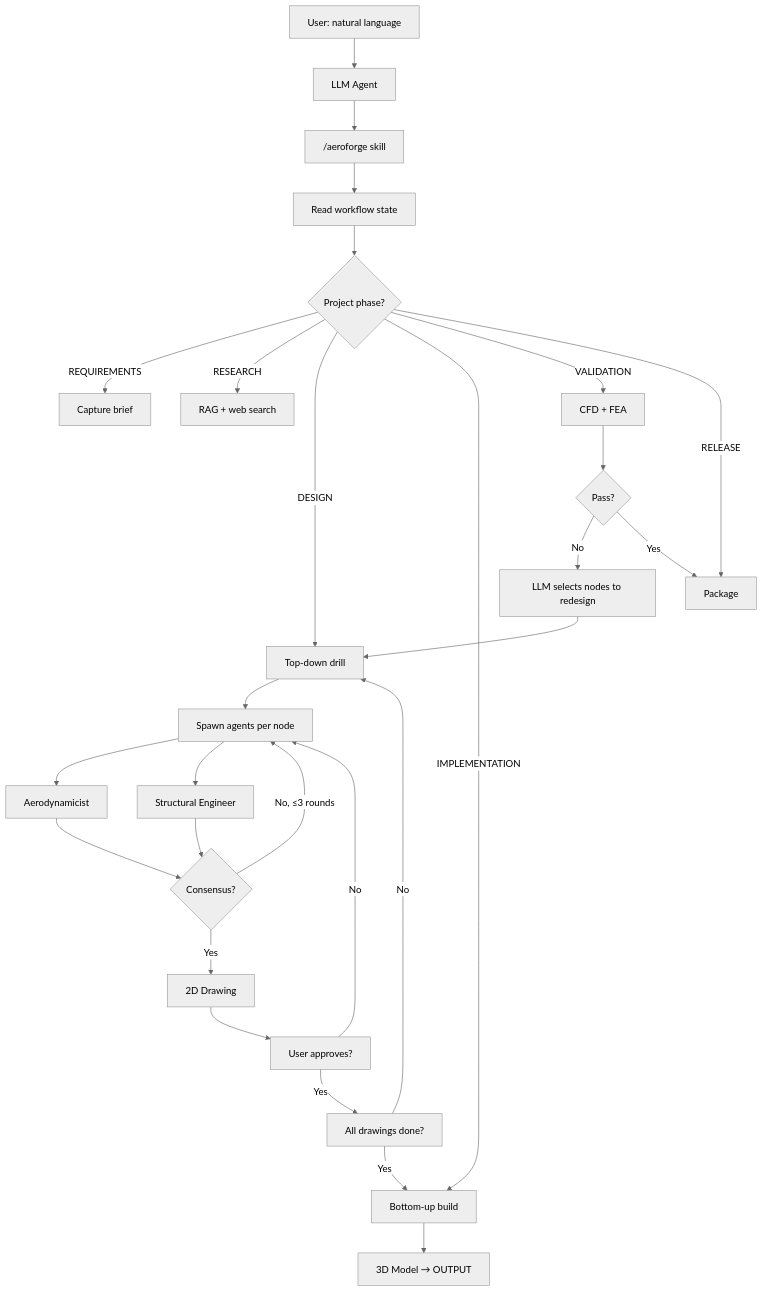
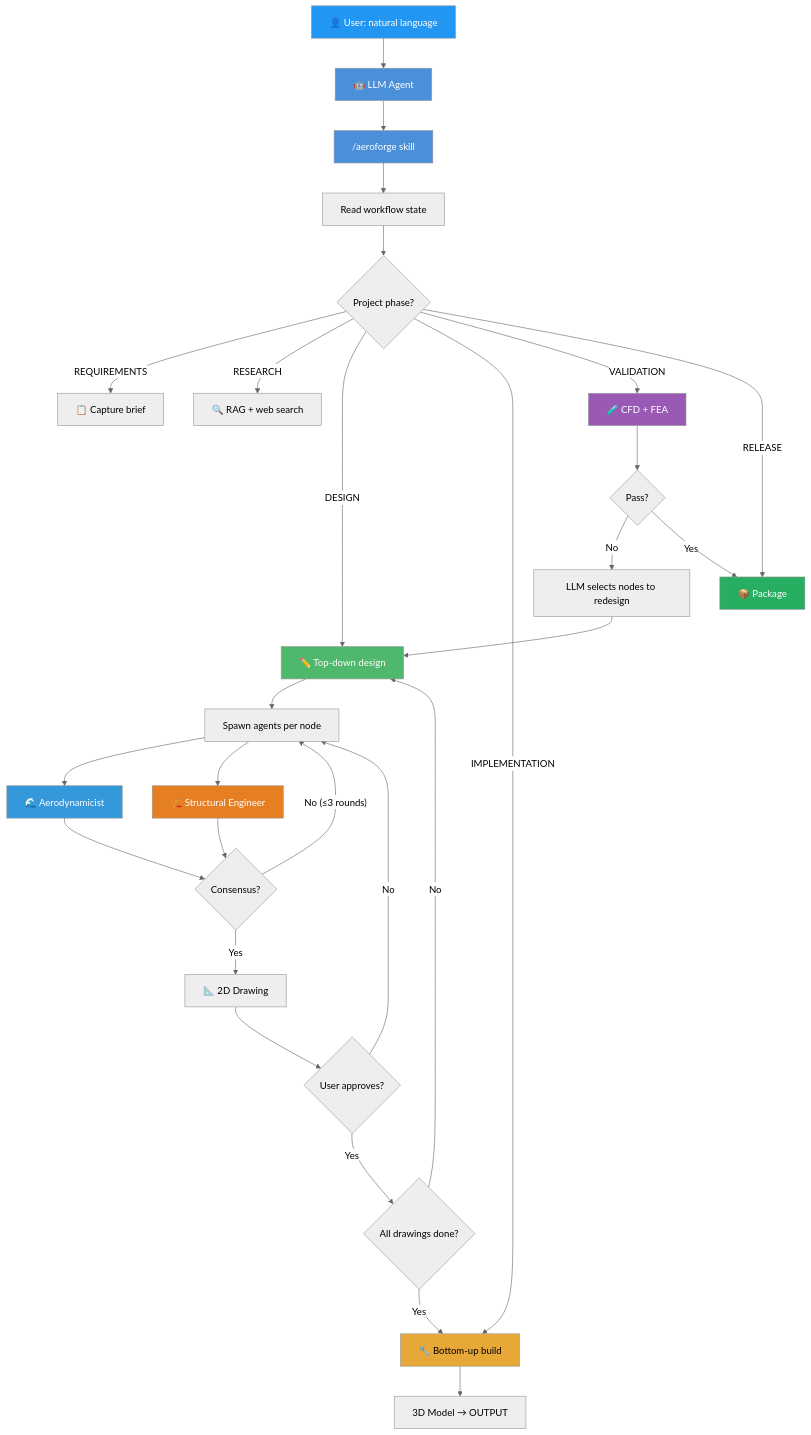
One commit to ipanov/aeroforge changed the first of 2 diagrams in README.md. Above: the diagram before and after it, drawn with Mermaid (neutral theme). The commit also changed other lines of this file and 18 other files, not shown here.

First line of the commit message:
Add FSL-1.1-ALv2 license, wiki pages, colored Mermaid charts

````diff
--- a/README.md
+++ b/README.md
@@ -15,30 +15,43 @@
 ```mermaid
 flowchart TD
-    A[User: natural language] --> B[LLM Agent]
+    A["👤 User: natural language"] --> B["🤖 LLM Agent"]
     B --> C["/aeroforge skill"]
-    C --> D[Read workflow state]
-    D --> E{Project phase?}
-    E -->|REQUIREMENTS| F[Capture brief]
-    E -->|RESEARCH| G[RAG + web search]
-    E -->|DESIGN| H[Top-down drill]
-    E -->|IMPLEMENTATION| I[Bottom-up build]
-    E -->|VALIDATION| J[CFD + FEA]
-    E -->|RELEASE| K[Package]
-    H --> L[Spawn agents per node]
-    L --> M[Aerodynamicist]
-    L --> N[Structural Engineer]
-    M --> O{Consensus?}
+    C --> D["Read workflow state"]
+
+    D --> E{"Project phase?"}
+
+    E -->|REQUIREMENTS| F["📋 Capture brief"]
+    E -->|RESEARCH| G["🔍 RAG + web search"]
+    E -->|DESIGN| H["✏️ Top-down design"]
+    E -->|IMPLEMENTATION| I["🔧 Bottom-up build"]
+    E -->|VALIDATION| J["🧪 CFD + FEA"]
+    E -->|RELEASE| K["📦 Package"]
+
+    H --> L["Spawn agents per node"]
+    L --> M["🌊 Aerodynamicist"]
+    L --> N["🏗️ Structural Engineer"]
+    M --> O{"Consensus?"}
     N --> O
-    O -->|No, ≤3 rounds| L
-    O -->|Yes| P[2D Drawing]
-    P --> Q[User approves?]
+    O -->|"No (≤3 rounds)"| L
+    O -->|Yes| P["📐 2D Drawing"]
+    P --> Q{"User approves?"}
     Q -->|No| L
-    Q -->|Yes| R[All drawings done?]
+    Q -->|Yes| R{"All drawings done?"}
     R -->|No| H
     R -->|Yes| I
-    I --> S[3D Model → OUTPUT]
-    J --> T{Pass?}
-    T -->|No| U[LLM selects nodes to redesign]
+    I --> S["3D Model → OUTPUT"]
+    J --> T{"Pass?"}
+    T -->|No| U["LLM selects nodes to redesign"]
     U --> H
     T -->|Yes| K
+
+    style A fill:#2196F3,color:#fff
+    style B fill:#4a90d9,color:#fff
+    style C fill:#4a90d9,color:#fff
+    style H fill:#50b86c,color:#fff
+    style I fill:#e8a838,color:#000
+    style J fill:#9b59b6,color:#fff
+    style K fill:#27ae60,color:#fff
+    style M fill:#3498db,color:#fff
+    style N fill:#e67e22,color:#fff
 ```
````
